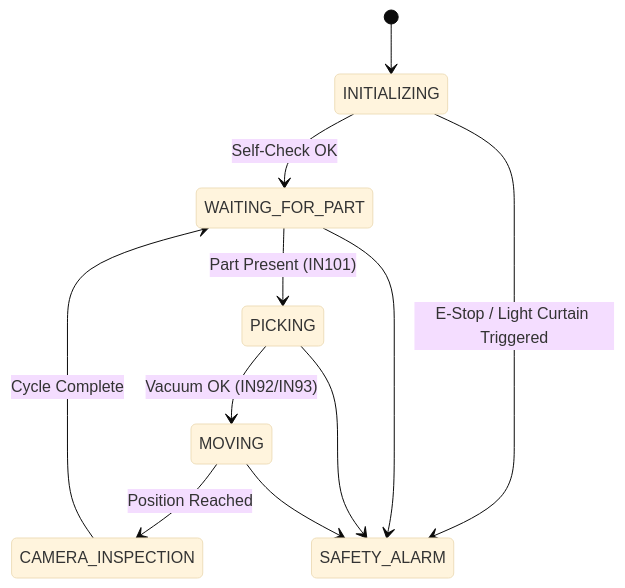
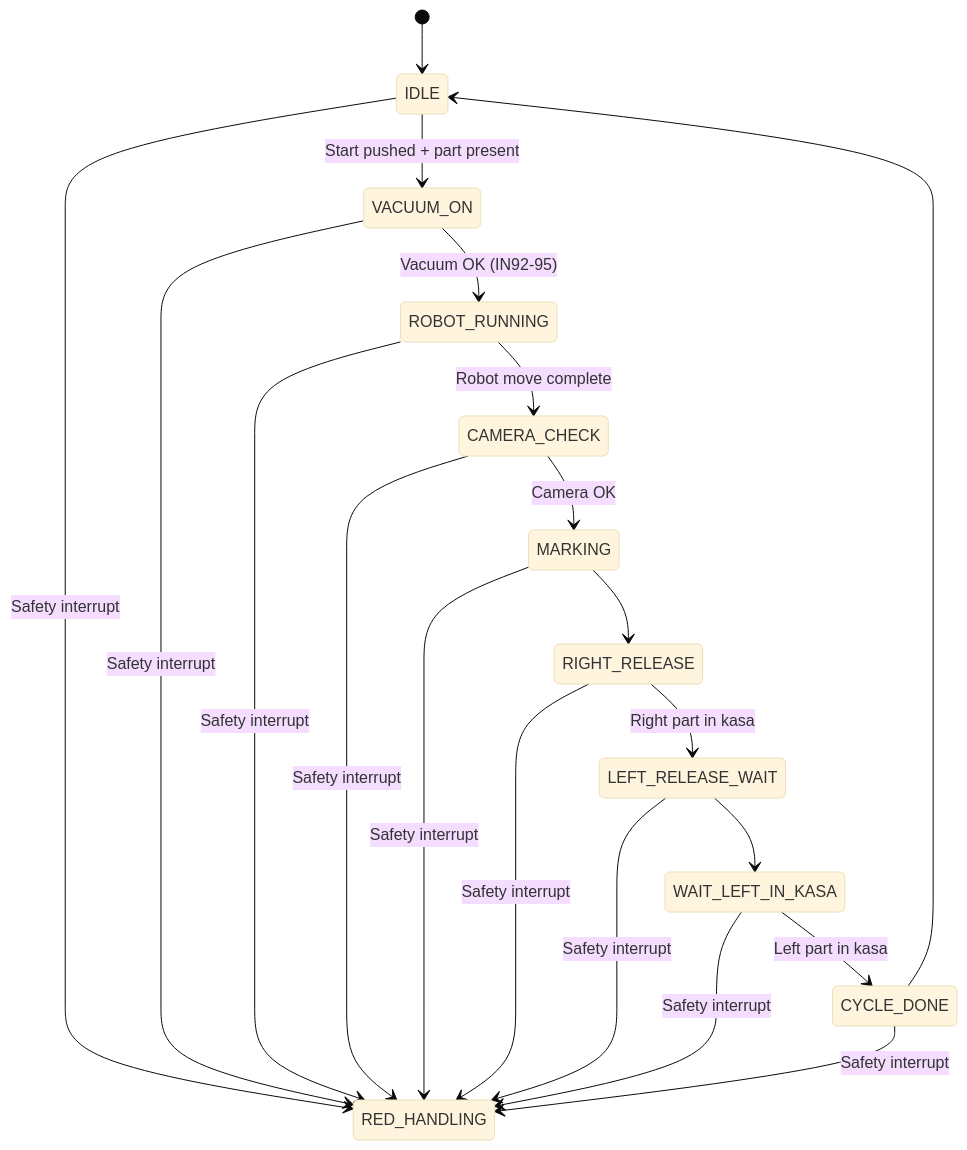
Before and after one commit to yunusemreayyildiz/foam-placement-digital-twin: the diagram in README.md, drawn with Mermaid (base theme). The commit also changed other lines of this file and 1 other file, not shown here.

````diff
--- a/README.md
+++ b/README.md
@@ -147,15 +149,24 @@
 ```mermaid
 stateDiagram-v2
-    [*] --> INITIALIZING
-    INITIALIZING --> WAITING_FOR_PART : Self-Check OK
-    WAITING_FOR_PART --> PICKING : Part Present (IN101)
-    PICKING --> MOVING : Vacuum OK (IN92/IN93)
-    MOVING --> CAMERA_INSPECTION : Position Reached
-    CAMERA_INSPECTION --> WAITING_FOR_PART : Cycle Complete
+    [*] --> IDLE
+    IDLE --> VACUUM_ON : Start pushed + part present
+    VACUUM_ON --> ROBOT_RUNNING : Vacuum OK (IN92-95)
+    ROBOT_RUNNING --> CAMERA_CHECK : Robot move complete
+    CAMERA_CHECK --> MARKING : Camera OK
+    MARKING --> RIGHT_RELEASE
+    RIGHT_RELEASE --> LEFT_RELEASE_WAIT : Right part in kasa
+    LEFT_RELEASE_WAIT --> WAIT_LEFT_IN_KASA
+    WAIT_LEFT_IN_KASA --> CYCLE_DONE : Left part in kasa
+    CYCLE_DONE --> IDLE
 
-    state "SAFETY_ALARM" as SA
-    INITIALIZING --> SA : E-Stop / Light Curtain Triggered
-    WAITING_FOR_PART --> SA
-    PICKING --> SA
-    MOVING --> SA
+    state "RED_HANDLING" as RH
+    IDLE --> RH : Safety interrupt
+    VACUUM_ON --> RH : Safety interrupt
+    ROBOT_RUNNING --> RH : Safety interrupt
+    CAMERA_CHECK --> RH : Safety interrupt
+    MARKING --> RH : Safety interrupt
+    RIGHT_RELEASE --> RH : Safety interrupt
+    LEFT_RELEASE_WAIT --> RH : Safety interrupt
+    WAIT_LEFT_IN_KASA --> RH : Safety interrupt
+    CYCLE_DONE --> RH : Safety interrupt
 ```
````
